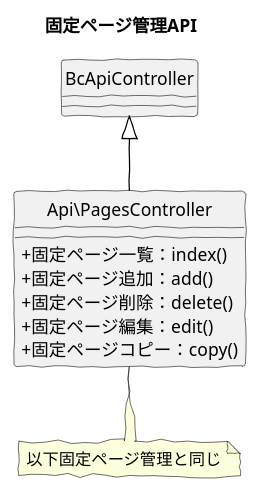
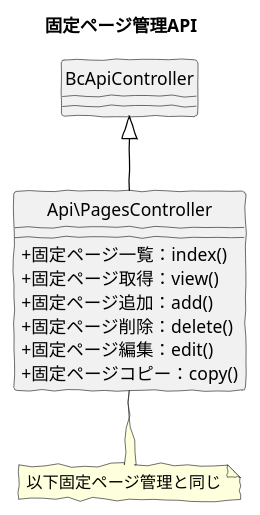
The diagram in src/puml/5/ucmitz/svg/class/api_pages.puml (baserproject/baserproject.github.io), drawn with PlantUML before and after one commit. The commit also changed 8 other files, not shown here.

Commit message:
page, contentFolderのapi図追加

```diff
--- a/src/puml/5/ucmitz/svg/class/api_pages.puml
+++ b/src/puml/5/ucmitz/svg/class/api_pages.puml
@@ -1,20 +1,21 @@
 @startuml
 skinparam handwritten true
 skinparam backgroundColor white
 hide circle
 skinparam classAttributeIconSize 0
 
 title 固定ページ管理API
 
 class Api\PagesController {
-    + 固定ページ一覧：index() 
+    + 固定ページ一覧：index()
+    + 固定ページ取得：view()  
     + 固定ページ追加：add() 
     + 固定ページ削除：delete() 
     + 固定ページ編集：edit() 
     + 固定ページコピー：copy() 
 }
 
 Api\PagesController -up[#Black]-|> BcApiController
 note "以下固定ページ管理と同じ" as pageNote
 Api\PagesController .. pageNote
 @enduml
```
